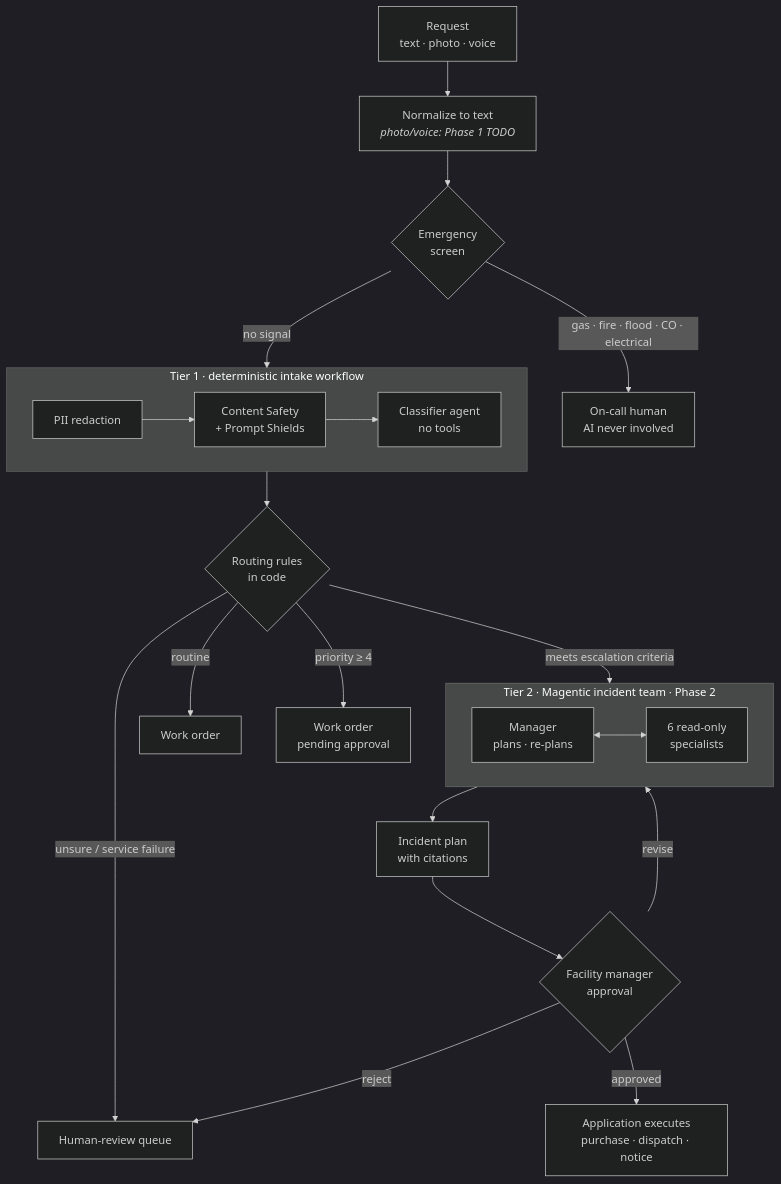
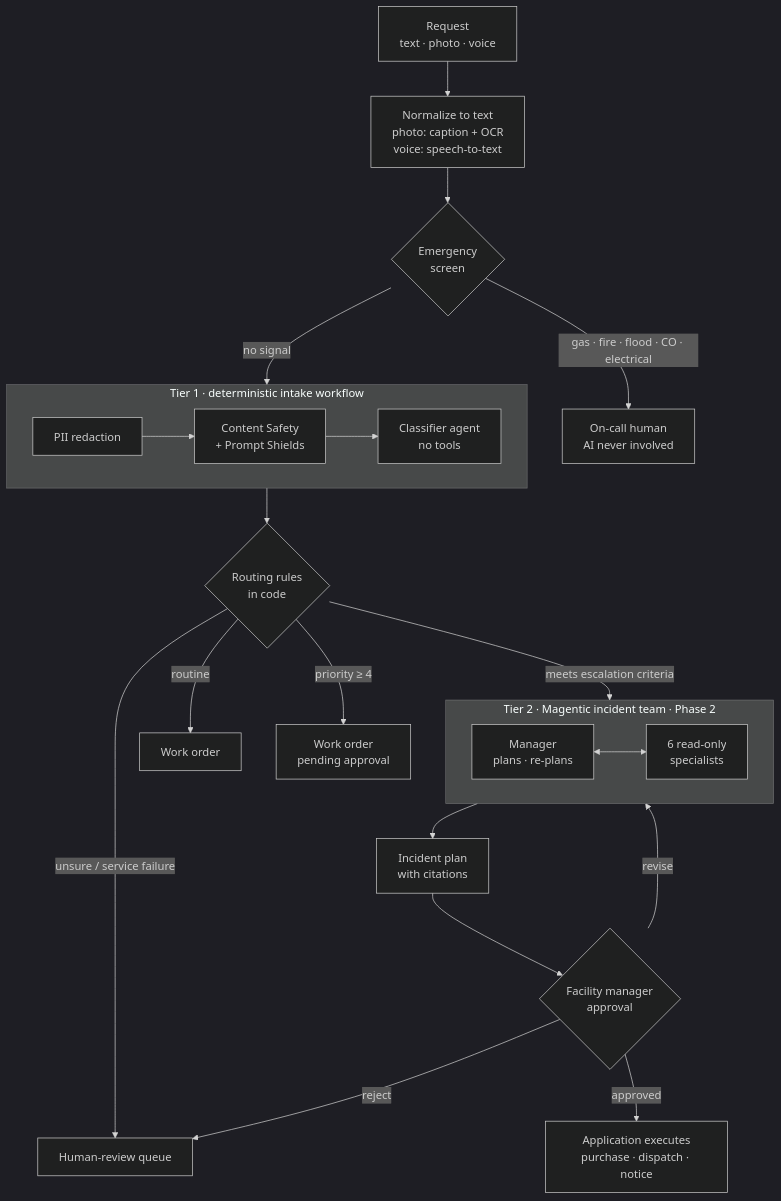
One commit to wasif1024/facilityops changed the fourth of 16 diagrams in docs/architecture.md. Above: the diagram before and after it, drawn with Mermaid (dark theme). The commit also changed other lines of this file and 42 other files, not shown here.

````diff
--- a/docs/architecture.md
+++ b/docs/architecture.md
@@ -146,29 +146,29 @@
 ```mermaid
 flowchart TB
-    req["Request<br/>text · photo · voice"] --> norm["Normalize to text<br/><i>photo/voice: Phase 1 TODO</i>"]
+    req["Request<br/>text · photo · voice"] --> norm["Normalize to text<br/>photo: caption + OCR<br/>voice: speech-to-text"]
     norm --> e{"Emergency<br/>screen"}
     e -- "gas · fire · flood · CO · electrical" --> oncall["On-call human<br/>AI never involved"]
     e -- "no signal" --> t1
 
     subgraph t1["Tier 1 · deterministic intake workflow"]
         direction LR
         pii["PII redaction"] --> safe["Content Safety<br/>+ Prompt Shields"] --> cls["Classifier agent<br/>no tools"]
     end
 
     t1 --> route{"Routing rules<br/>in code"}
     route -- "unsure / service failure" --> hr["Human-review queue"]
     route -- "routine" --> wo["Work order"]
     route -- "priority ≥ 4" --> appr["Work order<br/>pending approval"]
     route -- "meets escalation criteria" --> t2
 
     subgraph t2["Tier 2 · Magentic incident team · Phase 2"]
         direction LR
         mgr["Manager<br/>plans · re-plans"] <--> spec["6 read-only<br/>specialists"]
     end
 
     t2 --> plan["Incident plan<br/>with citations"]
     plan --> gate{"Facility manager<br/>approval"}
     gate -- "approved" --> exec["Application executes<br/>purchase · dispatch · notice"]
     gate -- "revise" --> t2
     gate -- "reject" --> hr
 ```
````
